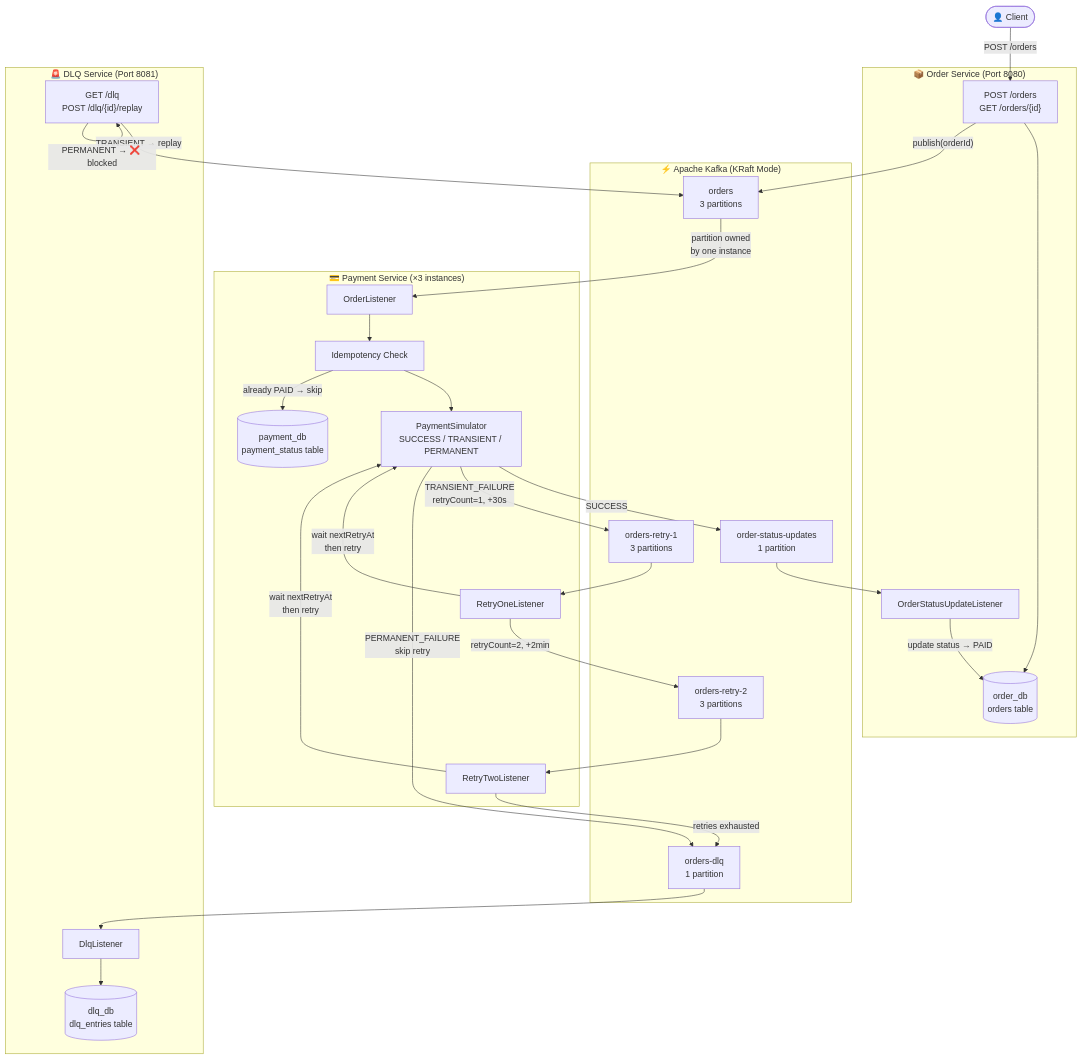
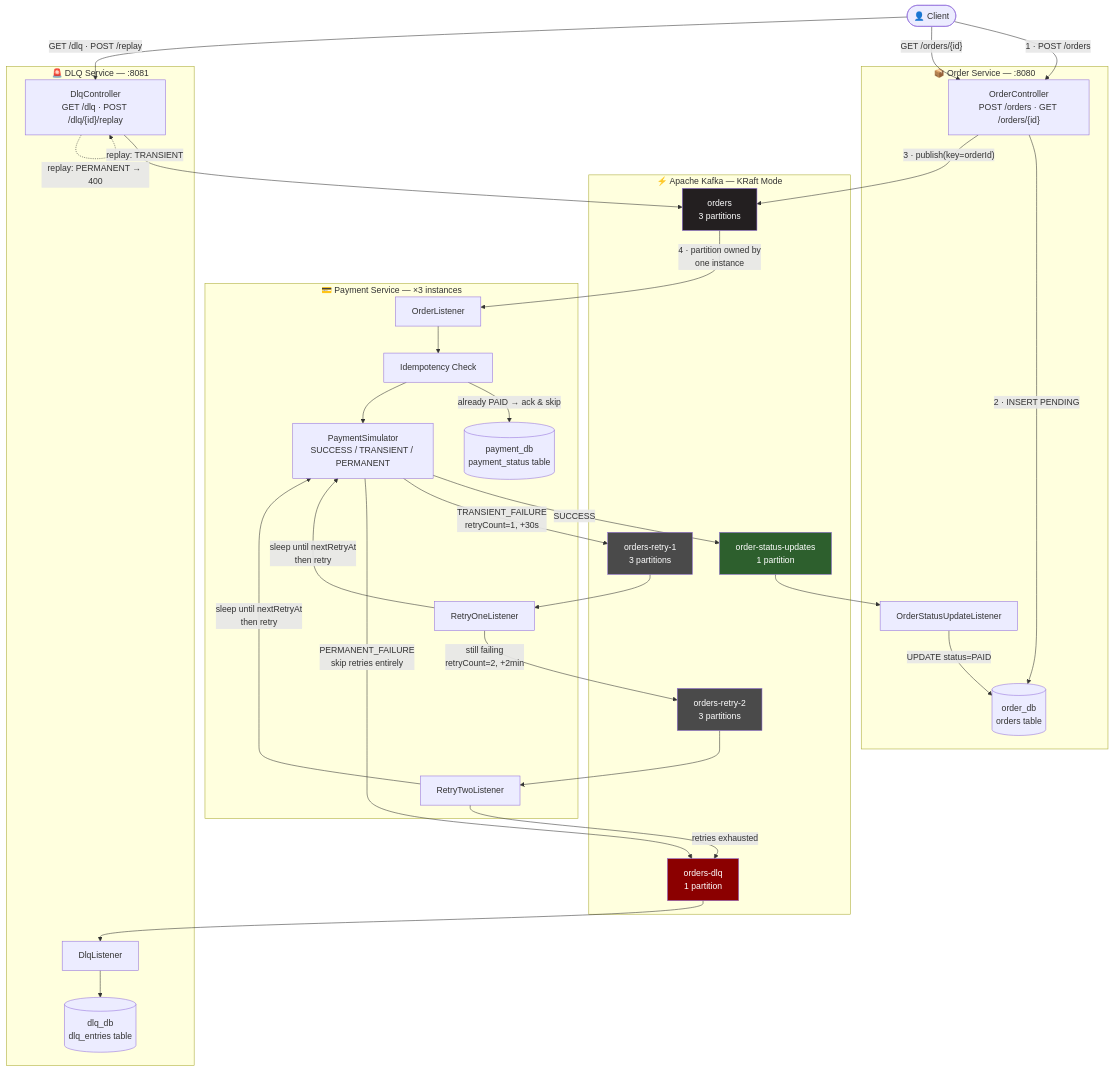
The first of 10 diagrams in README.md (abhinavasd2005/Kafka-order-processing-Microservice), drawn with Mermaid before and after one commit. The commit also changed other lines of this file, not shown here.

````diff
--- a/README.md
+++ b/README.md
@@ -92,62 +170,71 @@
 ```mermaid
 flowchart TD
     Client(["👤 Client"])
 
-    subgraph OS["📦 Order Service (Port 8080)"]
-        OSCtrl["POST /orders\nGET /orders/{id}"]
+    subgraph OS["📦 Order Service — :8080"]
+        OSCtrl["OrderController\nPOST /orders · GET /orders/{id}"]
         OSDB[("order_db\norders table")]
         OSListener["OrderStatusUpdateListener"]
     end
 
-    subgraph KFK["⚡ Apache Kafka (KRaft Mode)"]
+    subgraph KFK["⚡ Apache Kafka — KRaft Mode"]
         T1["orders\n3 partitions"]
         T2["orders-retry-1\n3 partitions"]
         T3["orders-retry-2\n3 partitions"]
         T4["orders-dlq\n1 partition"]
         T5["order-status-updates\n1 partition"]
     end
 
-    subgraph PS["💳 Payment Service (×3 instances)"]
+    subgraph PS["💳 Payment Service — ×3 instances"]
         OrderL["OrderListener"]
+        Idem["Idempotency Check"]
         Sim["PaymentSimulator\nSUCCESS / TRANSIENT / PERMANENT"]
-        Idem["Idempotency Check"]
         PSR1["RetryOneListener"]
         PSR2["RetryTwoListener"]
         PSDB[("payment_db\npayment_status table")]
     end
 
-    subgraph DS["🚨 DLQ Service (Port 8081)"]
+    subgraph DS["🚨 DLQ Service — :8081"]
         DLQListener["DlqListener"]
-        DLQCtrl["GET /dlq\nPOST /dlq/{id}/replay"]
+        DLQCtrl["DlqController\nGET /dlq · POST /dlq/{id}/replay"]
         DLQDB[("dlq_db\ndlq_entries table")]
     end
 
-    Client -->|"POST /orders"| OSCtrl
-    OSCtrl --> OSDB
-    OSCtrl -->|"publish(orderId)"| T1
+    Client -->|"1 · POST /orders"| OSCtrl
+    OSCtrl -->|"2 · INSERT PENDING"| OSDB
+    OSCtrl -->|"3 · publish(key=orderId)"| T1
 
-    T1 -->|"partition owned\nby one instance"| OrderL
+    T1 -->|"4 · partition owned by\none instance"| OrderL
     OrderL --> Idem
+    Idem -->|"already PAID → ack & skip"| PSDB
     Idem --> Sim
-    Idem -->|"already PAID → skip"| PSDB
 
     Sim -->|"SUCCESS"| T5
     Sim -->|"TRANSIENT_FAILURE\nretryCount=1, +30s"| T2
-    Sim -->|"PERMANENT_FAILURE\nskip retry"| T4
+    Sim -->|"PERMANENT_FAILURE\nskip retries entirely"| T4
 
     T5 --> OSListener
-    OSListener -->|"update status → PAID"| OSDB
+    OSListener -->|"UPDATE status=PAID"| OSDB
 
     T2 --> PSR1
-    PSR1 -->|"wait nextRetryAt\nthen retry"| Sim
-    PSR1 -->|"retryCount=2, +2min"| T3
+    PSR1 -->|"sleep until nextRetryAt\nthen retry"| Sim
+    PSR1 -->|"still failing\nretryCount=2, +2min"| T3
 
     T3 --> PSR2
-    PSR2 -->|"wait nextRetryAt\nthen retry"| Sim
+    PSR2 -->|"sleep until nextRetryAt\nthen retry"| Sim
     PSR2 -->|"retries exhausted"| T4
 
     T4 --> DLQListener
     DLQListener --> DLQDB
-    DLQCtrl -->|"TRANSIENT → replay"| T1
-    DLQCtrl -->|"PERMANENT → ❌ blocked"| DLQCtrl
+    DLQCtrl -->|"replay: TRANSIENT"| T1
+    DLQCtrl -.->|"replay: PERMANENT → 400"| DLQCtrl
+
+    Client -->|"GET /orders/{id}"| OSCtrl
+    Client -->|"GET /dlq · POST /replay"| DLQCtrl
+
+    style T1 fill:#231F20,color:#fff
+    style T2 fill:#4a4a4a,color:#fff
+    style T3 fill:#4a4a4a,color:#fff
+    style T4 fill:#8b0000,color:#fff
+    style T5 fill:#2d5f2d,color:#fff
 ```
````
